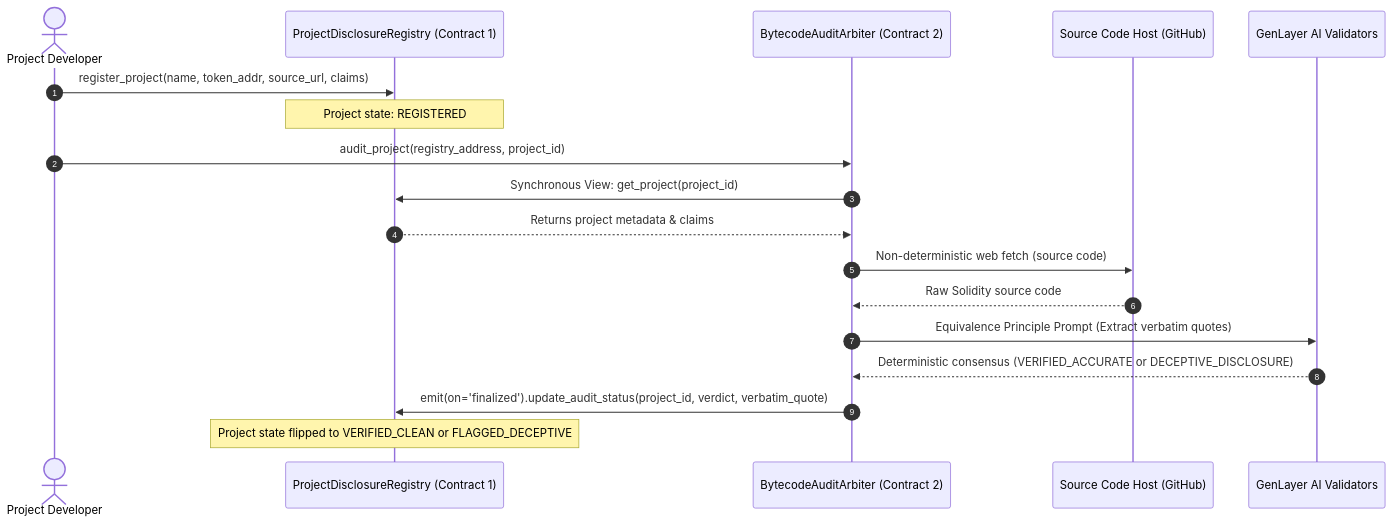
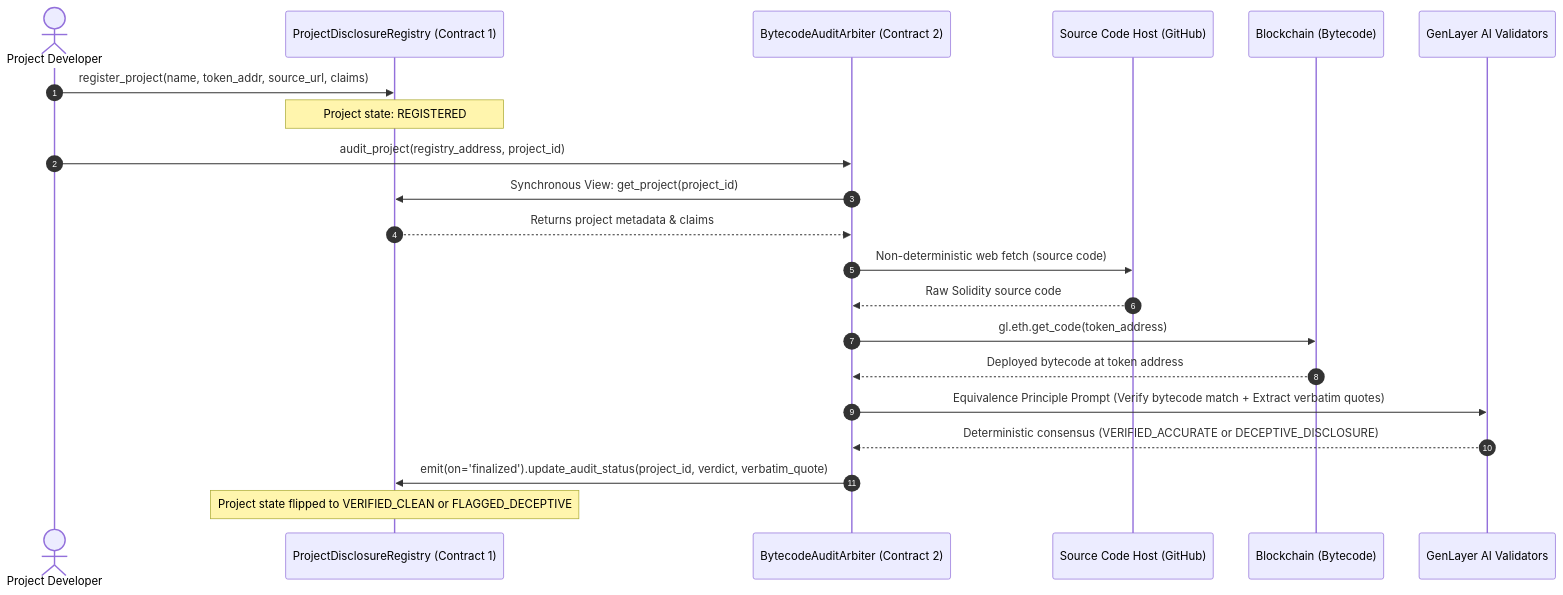
One commit to Kosaiyno/audit-dual changed the diagram in README.md. Above: the diagram before and after it, drawn with Mermaid. The commit also changed other lines of this file and 2 other files, not shown here.

First line of the commit message:
Fix bytecode correspondence verification per rejection

````diff
--- a/README.md
+++ b/README.md
@@ -18,21 +18,24 @@
 ```mermaid
 sequenceDiagram
     autonumber
     actor Dev as Project Developer
     participant C1 as ProjectDisclosureRegistry (Contract 1)
     participant C2 as BytecodeAuditArbiter (Contract 2)
     participant Web as Source Code Host (GitHub)
+    participant Chain as Blockchain (Bytecode)
     participant Val as GenLayer AI Validators
 
     Dev->>C1: register_project(name, token_addr, source_url, claims)
     Note over C1: Project state: REGISTERED
     Dev->>C2: audit_project(registry_address, project_id)
     C2->>C1: Synchronous View: get_project(project_id)
     C1-->>C2: Returns project metadata & claims
     C2->>Web: Non-deterministic web fetch (source code)
     Web-->>C2: Raw Solidity source code
-    C2->>Val: Equivalence Principle Prompt (Extract verbatim quotes)
+    C2->>Chain: gl.eth.get_code(token_address)
+    Chain-->>C2: Deployed bytecode at token address
+    C2->>Val: Equivalence Principle Prompt (Verify bytecode match + Extract verbatim quotes)
     Val-->>C2: Deterministic consensus (VERIFIED_ACCURATE or DECEPTIVE_DISCLOSURE)
     C2->>C1: emit(on='finalized').update_audit_status(project_id, verdict, verbatim_quote)
     Note over C1: Project state flipped to VERIFIED_CLEAN or FLAGGED_DECEPTIVE
 ```
````
